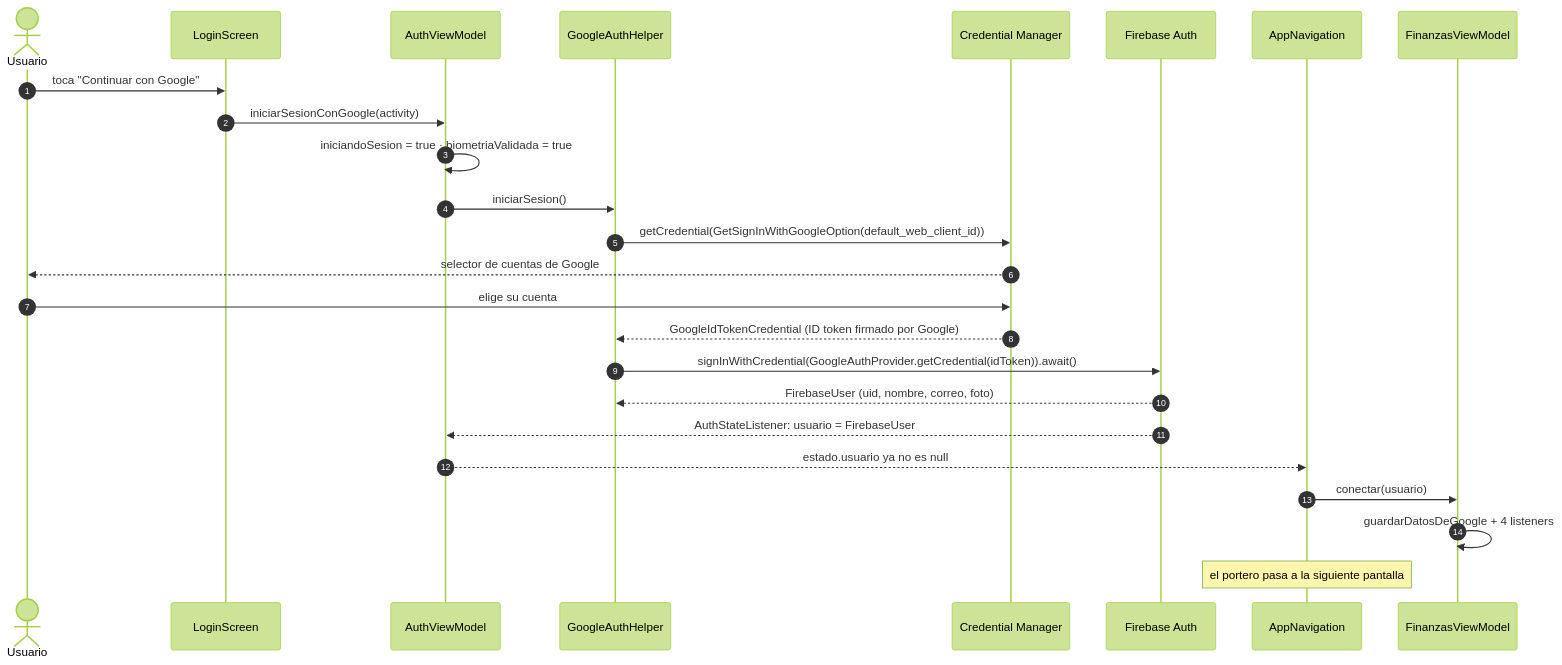
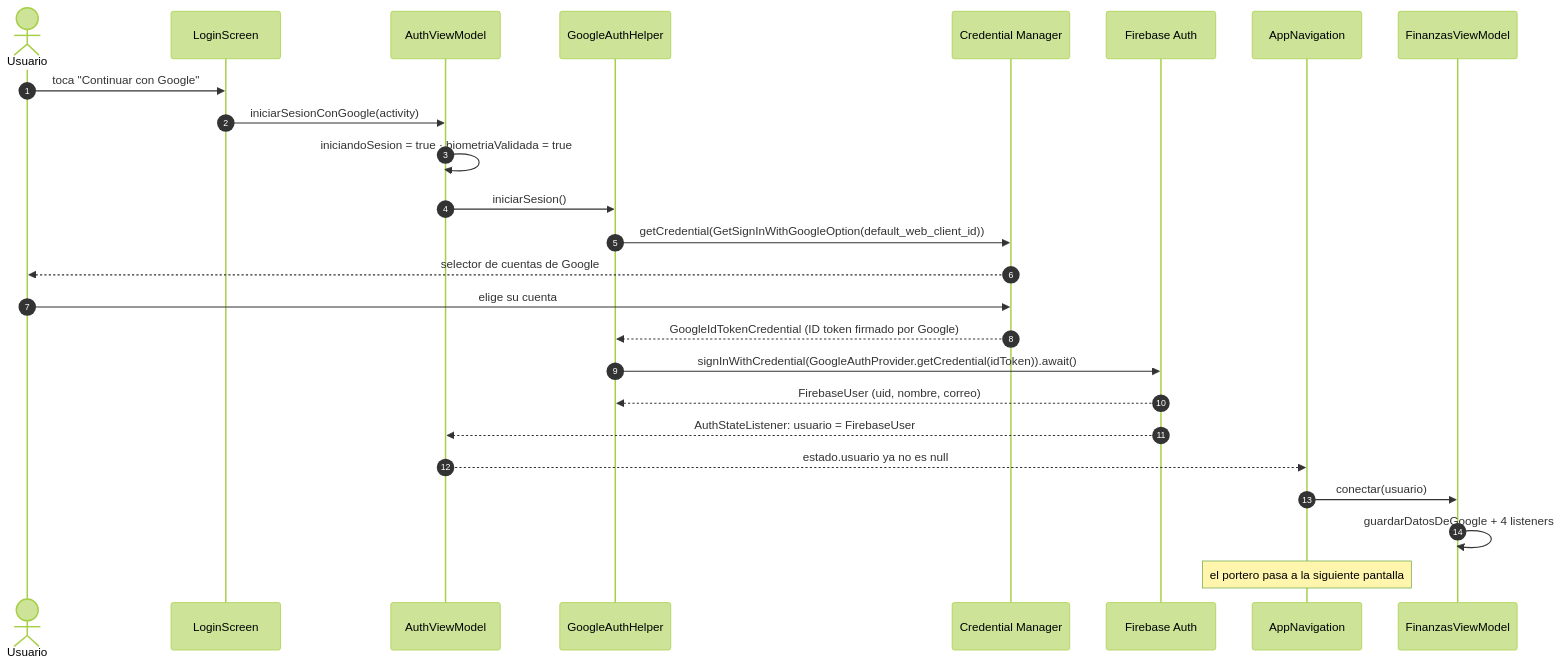
Before and after one commit to kevinvasquezb/MiChanchito: the diagram in docs/diagramas/07_secuencia-login-google.mmd, drawn with Mermaid (forest theme). The commit also changed 15 other files, not shown here.

```diff
--- a/docs/diagramas/07_secuencia-login-google.mmd
+++ b/docs/diagramas/07_secuencia-login-google.mmd
@@ -1,26 +1,26 @@
 %% Login con Google paso a paso (GoogleAuthHelper.kt)
 sequenceDiagram
     autonumber
     actor U as Usuario
     participant L as LoginScreen
     participant A as AuthViewModel
     participant H as GoogleAuthHelper
     participant C as Credential Manager
     participant F as Firebase Auth
     participant N as AppNavigation
     participant V as FinanzasViewModel
     U->>L: toca "Continuar con Google"
     L->>A: iniciarSesionConGoogle(activity)
     A->>A: iniciandoSesion = true · biometriaValidada = true
     A->>H: iniciarSesion()
     H->>C: getCredential(GetSignInWithGoogleOption(default_web_client_id))
     C-->>U: selector de cuentas de Google
     U->>C: elige su cuenta
     C-->>H: GoogleIdTokenCredential (ID token firmado por Google)
     H->>F: signInWithCredential(GoogleAuthProvider.getCredential(idToken)).await()
-    F-->>H: FirebaseUser (uid, nombre, correo, foto)
+    F-->>H: FirebaseUser (uid, nombre, correo)
     F-->>A: AuthStateListener: usuario = FirebaseUser
     A-->>N: estado.usuario ya no es null
     N->>V: conectar(usuario)
     V->>V: guardarDatosDeGoogle + 4 listeners
     Note over N: el portero pasa a la siguiente pantalla
```
